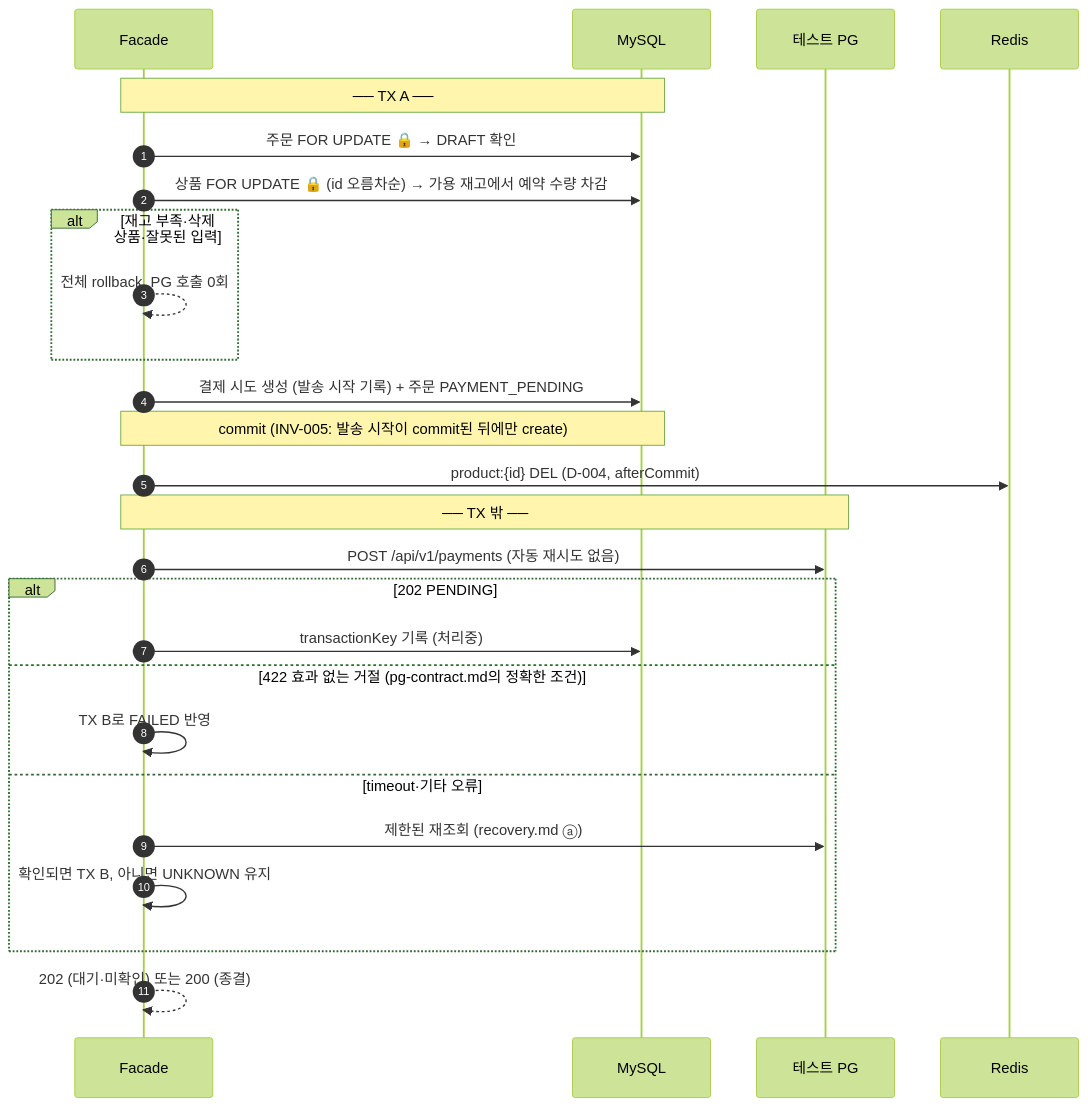
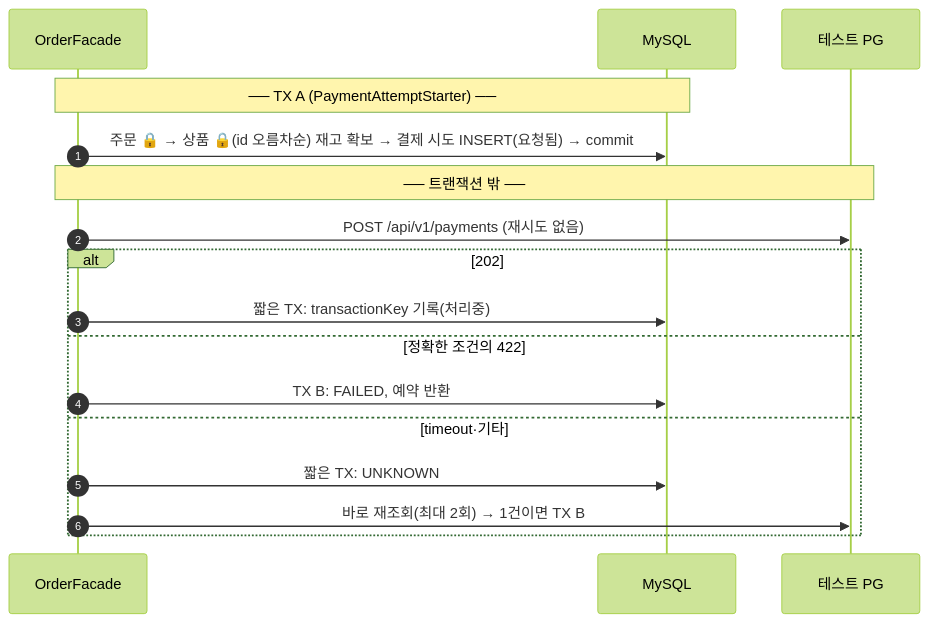
The first of 2 diagrams in docs/week5/design.md (Ojt-LoopDev/loop-pack-be-l2-vol5-java), drawn with Mermaid (forest theme) before and after one commit. The commit also changed other lines of this file and 10 other files, not shown here.

````diff
--- a/docs/week5/design.md
+++ b/docs/week5/design.md
@@ -61,30 +42,20 @@
 ```mermaid
 sequenceDiagram
     autonumber
-    participant F as Facade
+    participant F as OrderFacade
     participant DB as MySQL
     participant PG as 테스트 PG
-    participant R as Redis
 
-    Note over F,DB: ── TX A ──
-    F->>DB: 주문 FOR UPDATE 🔒 → DRAFT 확인
-    F->>DB: 상품 FOR UPDATE 🔒 (id 오름차순) → 가용 재고에서 예약 수량 차감
-    alt 재고 부족·삭제 상품·잘못된 입력
-        F-->>F: 전체 rollback, PG 호출 0회
+    Note over F,DB: ── TX A (PaymentAttemptStarter) ──
+    F->>DB: 주문 🔒 → 상품 🔒(id 오름차순) 재고 확보 → 결제 시도 INSERT(요청됨) → commit
+    Note over F,PG: ── 트랜잭션 밖 ──
+    F->>PG: POST /api/v1/payments (재시도 없음)
+    alt 202
+        F->>DB: 짧은 TX: transactionKey 기록(처리중)
+    else 정확한 조건의 422
+        F->>DB: TX B: FAILED, 예약 반환
+    else timeout·기타
+        F->>DB: 짧은 TX: UNKNOWN
+        F->>PG: 바로 재조회(최대 2회) → 1건이면 TX B
     end
-    F->>DB: 결제 시도 생성 (발송 시작 기록) + 주문 PAYMENT_PENDING
-    Note over F,DB: commit (INV-005: 발송 시작이 commit된 뒤에만 create)
-    F->>R: product:{id} DEL (D-004, afterCommit)
-
-    Note over F,PG: ── TX 밖 ──
-    F->>PG: POST /api/v1/payments (자동 재시도 없음)
-    alt 202 PENDING
-        F->>DB: transactionKey 기록 (처리중)
-    else 422 효과 없는 거절 (pg-contract.md의 정확한 조건)
-        F->>F: TX B로 FAILED 반영
-    else timeout·기타 오류
-        F->>PG: 제한된 재조회 (recovery.md ⓐ)
-        F->>F: 확인되면 TX B, 아니면 UNKNOWN 유지
-    end
-    F-->>F: 202 (대기·미확인) 또는 200 (종결)
 ```
````
